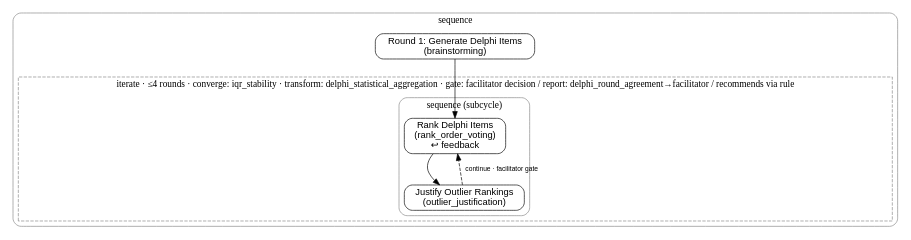
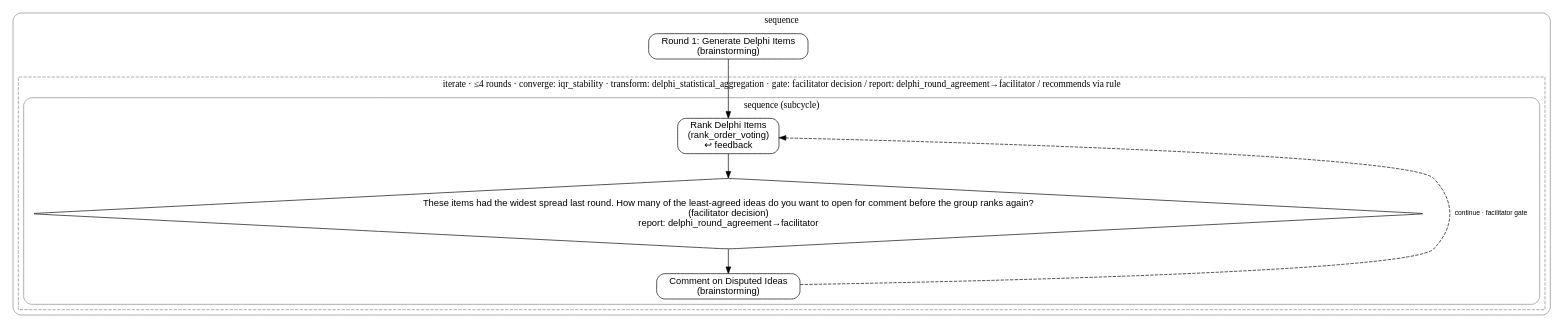
One commit to JohnKruse/decidero_gdss_public changed the diagram in docs/figures/delphi.dot. Above: the diagram before and after it, drawn with Graphviz. The commit also changed 10 other files, not shown here.

First line of the commit message:
Deprecate bespoke outlier_justification; refresh Delphi docs/figures (Stage D)

```diff
--- a/docs/figures/delphi.dot
+++ b/docs/figures/delphi.dot
@@ -1,21 +1,23 @@
 digraph "Classical Delphi" {
     rankdir=TB;
     node [shape=box, style="rounded", fontname="Helvetica"];
     edge [fontname="Helvetica", fontsize=10];
     subgraph cluster_c0 {
         label="sequence"; style="rounded"; color="#888888";
         "n0_0" [label="Round 1: Generate Delphi Items\n(brainstorming)"];
         subgraph cluster_c0_1 {
             label="iterate · ≤4 rounds · converge: iqr_stability · transform: delphi_statistical_aggregation · gate: facilitator decision / report: delphi_round_agreement→facilitator / recommends via rule"; style="dashed"; color="#888888";
             subgraph cluster_c0_1_0 {
                 label="sequence (subcycle)"; style="rounded"; color="#888888";
                 "n0_1_0_0" [label="Rank Delphi Items\n(rank_order_voting)\n↩ feedback"];
-                "n0_1_0_1" [label="Justify Outlier Rankings\n(outlier_justification)"];
+                "n0_1_0_1" [shape=diamond, label="These items had the widest spread last round. How many of the least-agreed ideas do you want to open for comment before the group ranks again?\n(facilitator decision)\nreport: delphi_round_agreement→facilitator"];
+                "n0_1_0_2" [label="Comment on Disputed Ideas\n(brainstorming)"];
             }
         }
     }
 
     "n0_1_0_0" -> "n0_1_0_1";
-    "n0_1_0_1" -> "n0_1_0_0" [style=dashed, constraint=false, label="continue · facilitator gate"];
+    "n0_1_0_1" -> "n0_1_0_2";
+    "n0_1_0_2" -> "n0_1_0_0" [style=dashed, constraint=false, label="continue · facilitator gate"];
     "n0_0" -> "n0_1_0_0";
 }
```
